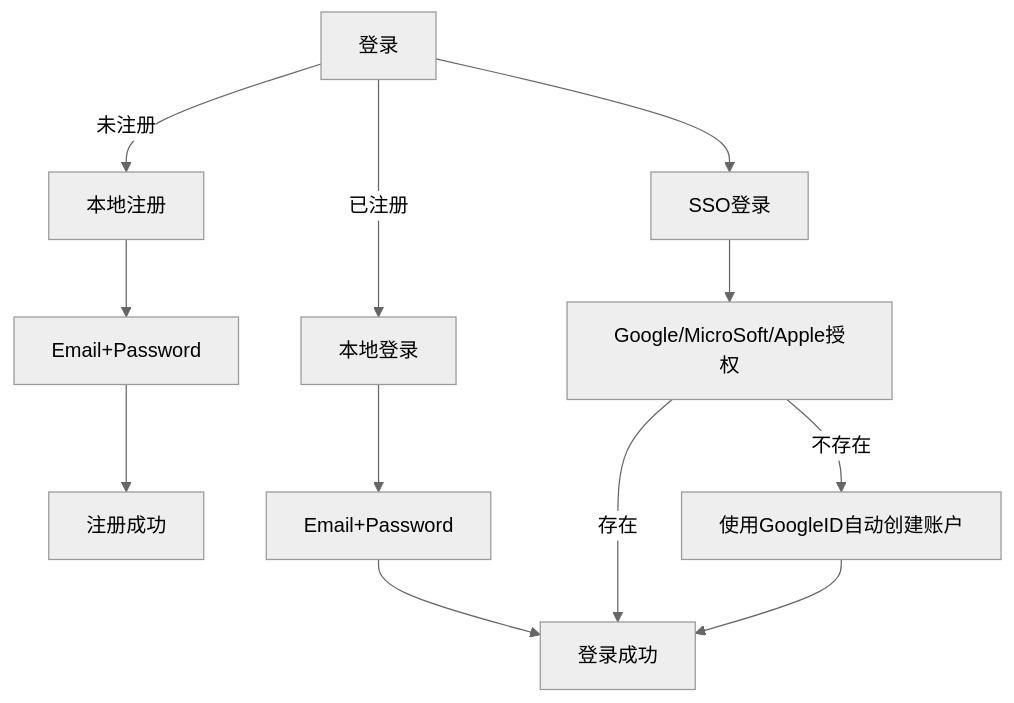
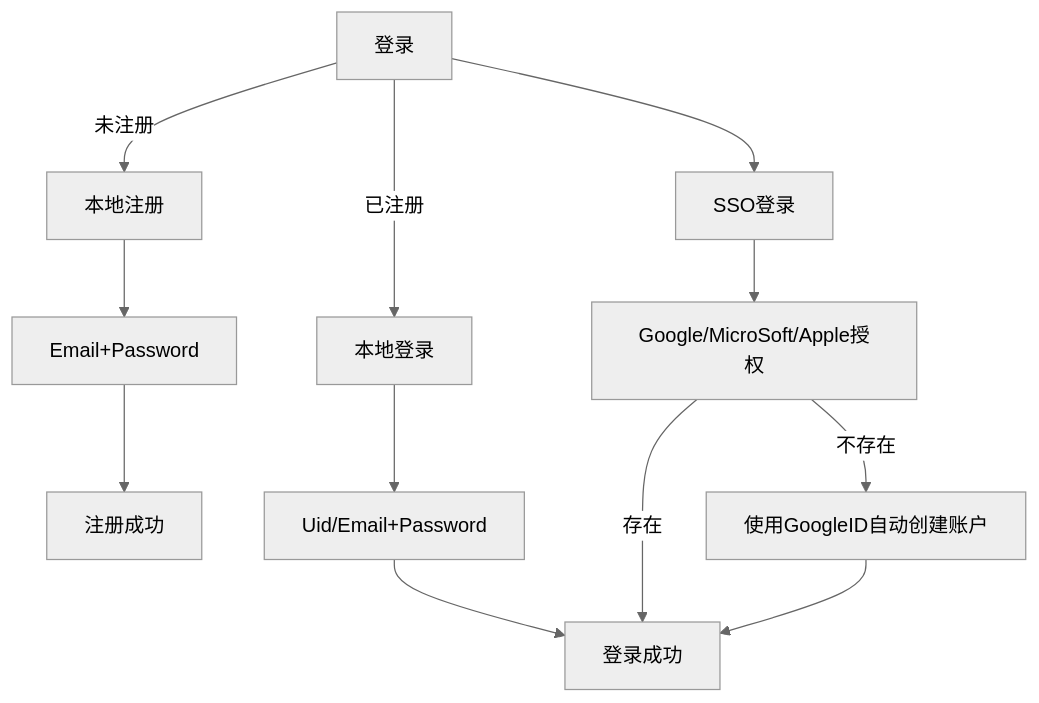
Before and after one commit to zran-nz/doc: the first of 2 diagrams in main/user.md, drawn with Mermaid (neutral theme). The commit also changed 3 other files, not shown here.

````diff
--- a/main/user.md
+++ b/main/user.md
@@ -12,15 +12,15 @@
 ```mermaid
 flowchart TB
 
 L[登录] --> SSO[SSO登录]
 L --已注册--> Lc[本地登录]
 L --未注册--> Ls[本地注册]
 Ls --> Reg[Email+Password]
 Reg --> RSuc[注册成功]
-Lc --> Form[Email+Password]
+Lc --> Form[Uid/Email+Password]
 Form --> Suc[登录成功]
 SSO --> Auth[Google/MicroSoft/Apple授权]
 Auth --存在--> Suc
 Auth --不存在--> Sreg[使用GoogleID自动创建账户]
 Sreg --> Suc
 ```
````
